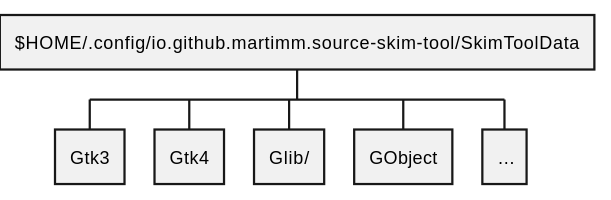
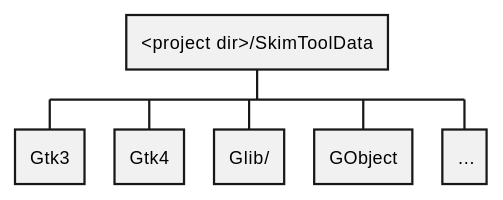
The second of 3 diagrams in doc/gir.md (MARTIMM/gnome-source-skim-tool), drawn with PlantUML before and after one commit. The commit also changed other lines of this file, not shown here.

````diff
--- a/doc/gir.md
+++ b/doc/gir.md
@@ -29,10 +27,10 @@
 ```plantuml
 @startwbs
-* $HOME/.config/io.github.martimm.source-skim-tool/SkimToolData
+* <project dir>/SkimToolData
 ** Gtk3
 ** Gtk4
 ** Glib/
 ** GObject
 ** …
 @endwbs
 ```
````
